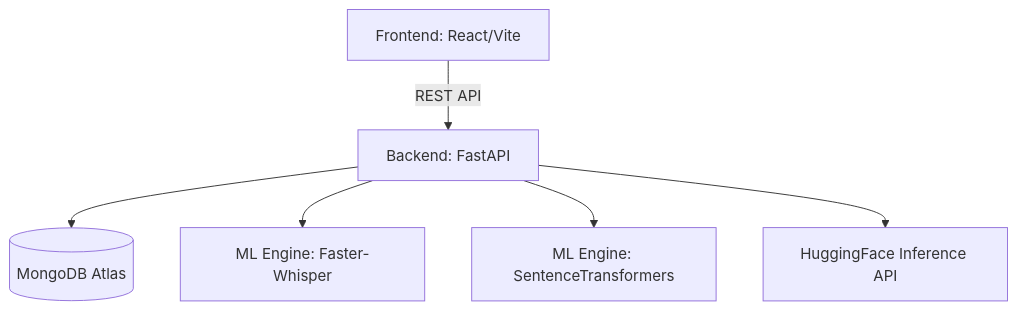
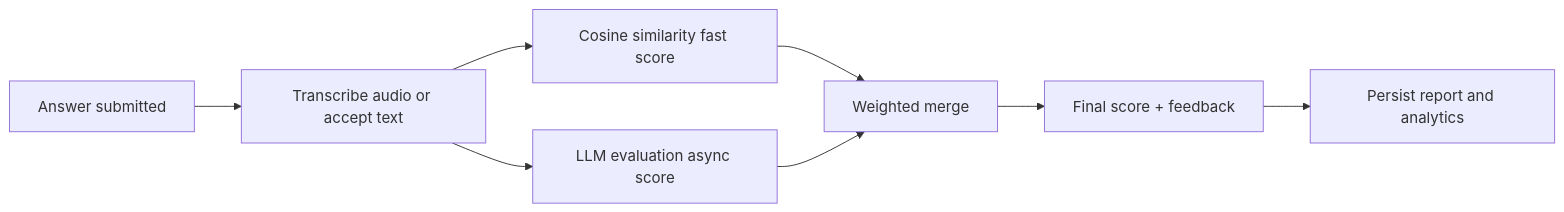
The diagram in README.md (faais-k/Multimodal-AI-interview-sim), drawn with Mermaid before and after one commit. The commit also changed other lines of this file, not shown here.

````diff
--- a/README.md
+++ b/README.md
@@ -60,8 +85,10 @@
 ```mermaid
-graph TD
-    A[Frontend: React/Vite] -->|REST API| B[Backend: FastAPI]
-    B --> C[(MongoDB Atlas)]
-    B --> D[ML Engine: Faster-Whisper]
-    B --> E[ML Engine: SentenceTransformers]
-    B --> F[HuggingFace Inference API]
+flowchart LR
+    A[Answer submitted] --> B[Transcribe audio or accept text]
+    B --> C[Cosine similarity fast score]
+    B --> D[LLM evaluation async score]
+    C --> E[Weighted merge]
+    D --> E
+    E --> F[Final score + feedback]
+    F --> G[Persist report and analytics]
 ```
````
